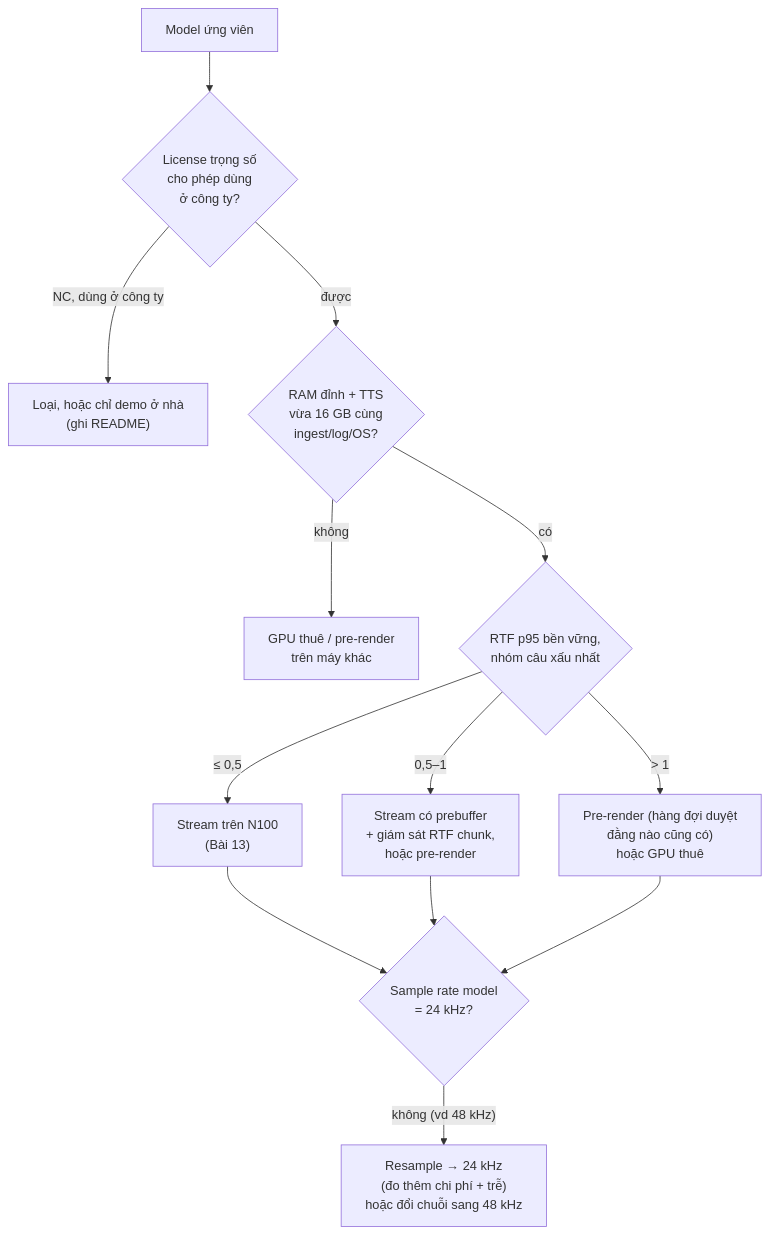
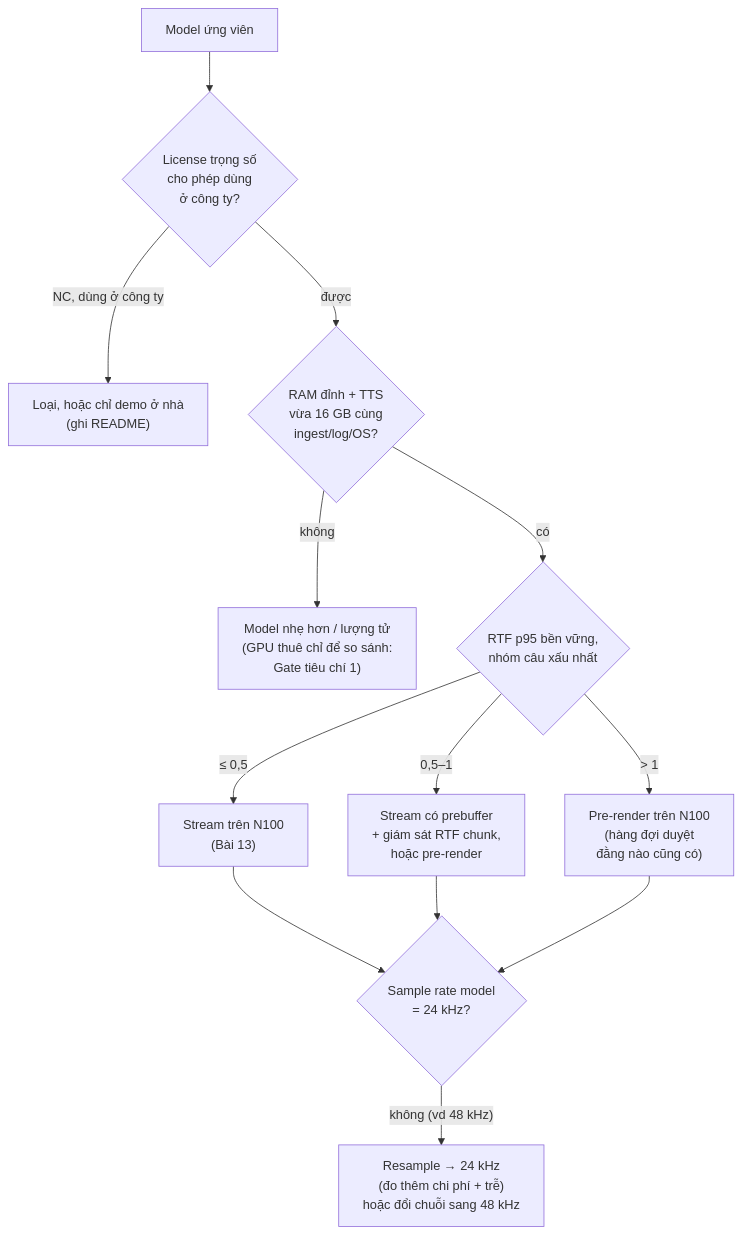
Before and after one commit to mrleloi/robotics-lab: the second of 2 diagrams in giao-trinh/khoa-3/m3-tts-kien-truc.md, drawn with Mermaid. The commit also changed other lines of this file and 7 other files, not shown here.

````diff
--- a/giao-trinh/khoa-3/m3-tts-kien-truc.md
+++ b/giao-trinh/khoa-3/m3-tts-kien-truc.md
@@ -299,15 +412,15 @@
 ```mermaid
 flowchart TD
   S["Model ứng viên"] --> L{"License trọng số<br/>cho phép dùng<br/>ở công ty?"}
   L -- "NC, dùng ở công ty" --> X["Loại, hoặc chỉ demo ở nhà<br/>(ghi README)"]
   L -- "được" --> M{"RAM đỉnh + TTS<br/>vừa 16 GB cùng<br/>ingest/log/OS?"}
-  M -- "không" --> G["GPU thuê / pre-render<br/>trên máy khác"]
+  M -- "không" --> G["Model nhẹ hơn / lượng tử<br/>(GPU thuê chỉ để so sánh:<br/>Gate tiêu chí 1)"]
   M -- "có" --> R{"RTF p95 bền vững,<br/>nhóm câu xấu nhất"}
   R -- "≤ 0,5" --> ST["Stream trên N100<br/>(Bài 13)"]
   R -- "0,5–1" --> MID["Stream có prebuffer<br/>+ giám sát RTF chunk,<br/>hoặc pre-render"]
-  R -- "> 1" --> PR["Pre-render (hàng đợi duyệt<br/>đằng nào cũng có)<br/>hoặc GPU thuê"]
+  R -- "> 1" --> PR["Pre-render trên N100<br/>(hàng đợi duyệt<br/>đằng nào cũng có)"]
   ST --> SR{"Sample rate model<br/>= 24 kHz?"}
   MID --> SR
   PR --> SR
   SR -- "không (vd 48 kHz)" --> RS["Resample → 24 kHz<br/>(đo thêm chi phí + trễ)<br/>hoặc đổi chuỗi sang 48 kHz"]
 ```
````
